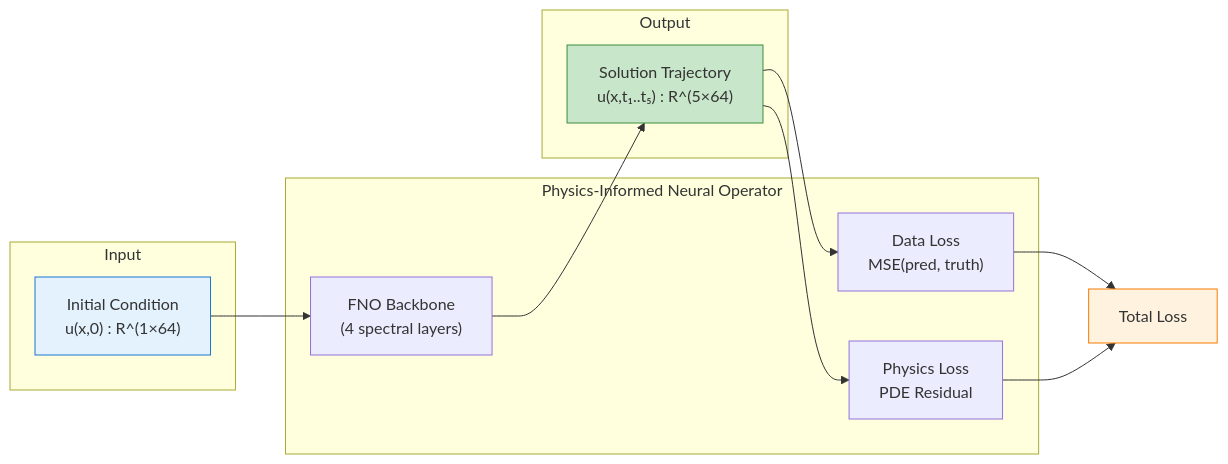
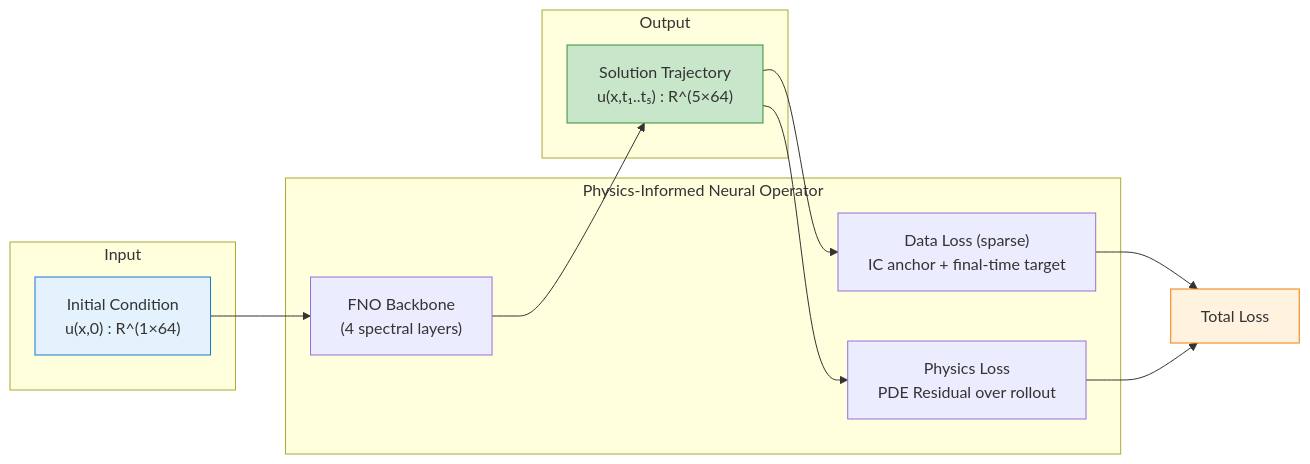
The diagram in docs/examples/neural-operators/pino-burgers.md (avitai/opifex), drawn with Mermaid before and after one commit. The commit also changed other lines of this file and 92 other files, not shown here.

````diff
--- a/docs/examples/neural-operators/pino-burgers.md
+++ b/docs/examples/neural-operators/pino-burgers.md
@@ -85,26 +111,26 @@
 ```mermaid
 graph LR
     subgraph Input
         A["Initial Condition<br/>u(x,0) : R^(1×64)"]
     end
 
     subgraph PINO["Physics-Informed Neural Operator"]
         B["FNO Backbone<br/>(4 spectral layers)"]
-        C["Data Loss<br/>MSE(pred, truth)"]
-        D["Physics Loss<br/>PDE Residual"]
+        C["Data Loss (sparse)<br/>IC anchor + final-time target"]
+        D["Physics Loss<br/>PDE Residual over rollout"]
     end
 
     subgraph Output
         E["Solution Trajectory<br/>u(x,t₁..t₅) : R^(5×64)"]
     end
 
     A --> B --> E
     E --> C
     E --> D
     C --> F["Total Loss"]
     D --> F
 
     style A fill:#e3f2fd,stroke:#1976d2
     style E fill:#c8e6c9,stroke:#388e3c
     style F fill:#fff3e0,stroke:#f57c00
 ```
````
